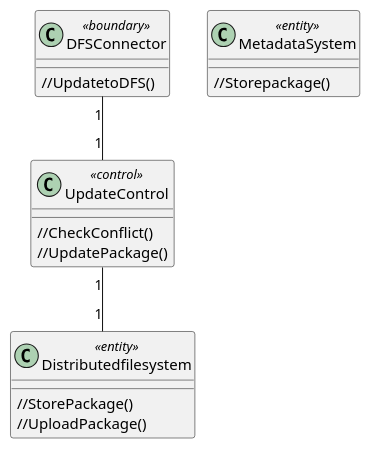
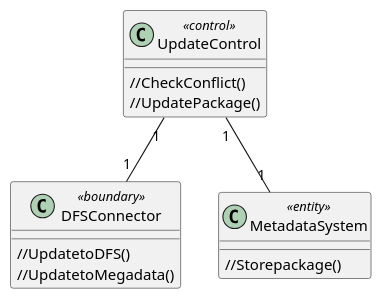
The sixth of 6 diagrams in source/solution/use-case-analysis.rst (McSinyx/ipppi), drawn with PlantUML before and after one commit. The commit also changed other lines of this file, not shown here.

Commit message:
update updadte

```diff
--- a/source/solution/use-case-analysis.rst
+++ b/source/solution/use-case-analysis.rst
@@ -160,22 +161,18 @@
 .. uml::
 
    class DFSConnector <<boundary>> {
       //UpdatetoDFS()
+      //UpdatetoMegadata()
    }
 
    class UpdateControl <<control>> {
       //CheckConflict()
       //UpdatePackage()
    }
 
    class MetadataSystem <<entity>> {
       //Storepackage()
    }
 
-   class Distributedfilesystem <<entity>> {
-      //StorePackage()
-      //UploadPackage()
-   }
-
-   DFSConnector "1" -- "1" UpdateControl
-   UpdateControl "1" -- "1" Distributedfilesystem
+   UpdateControl "1" -- "1" DFSConnector
+   UpdateControl "1" -- "1" MetadataSystem
```
